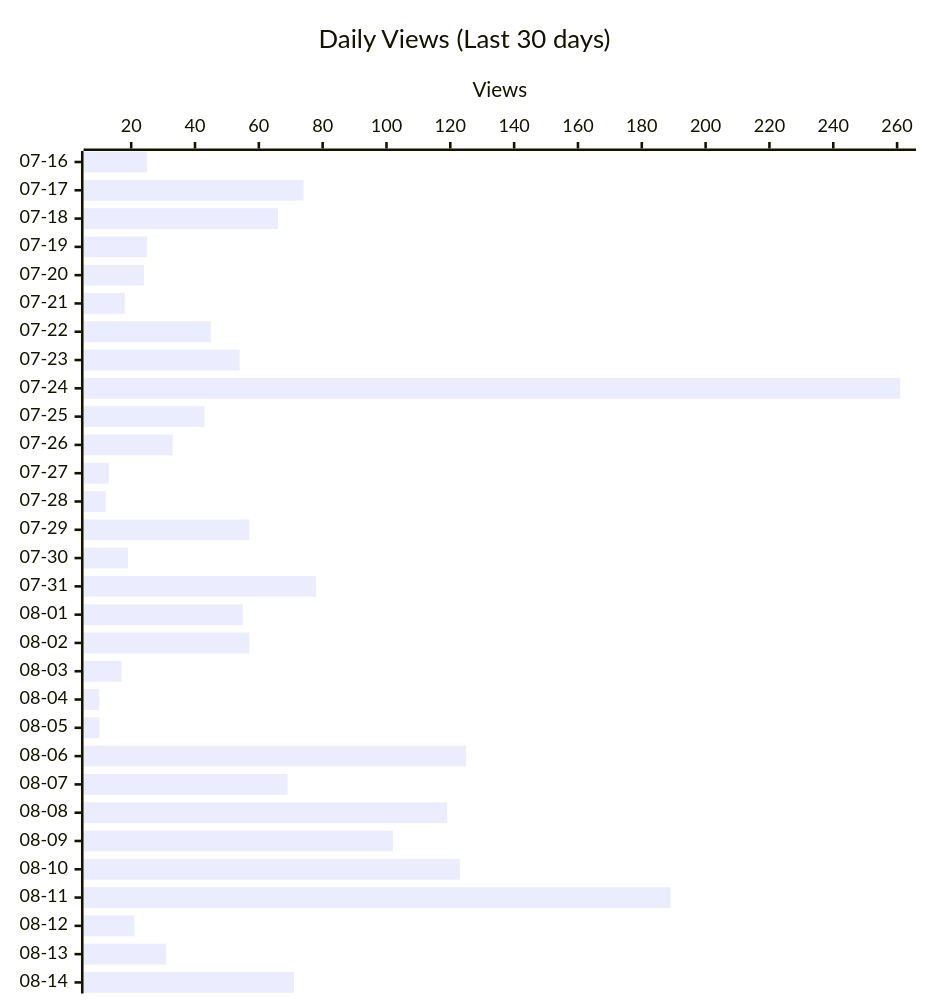
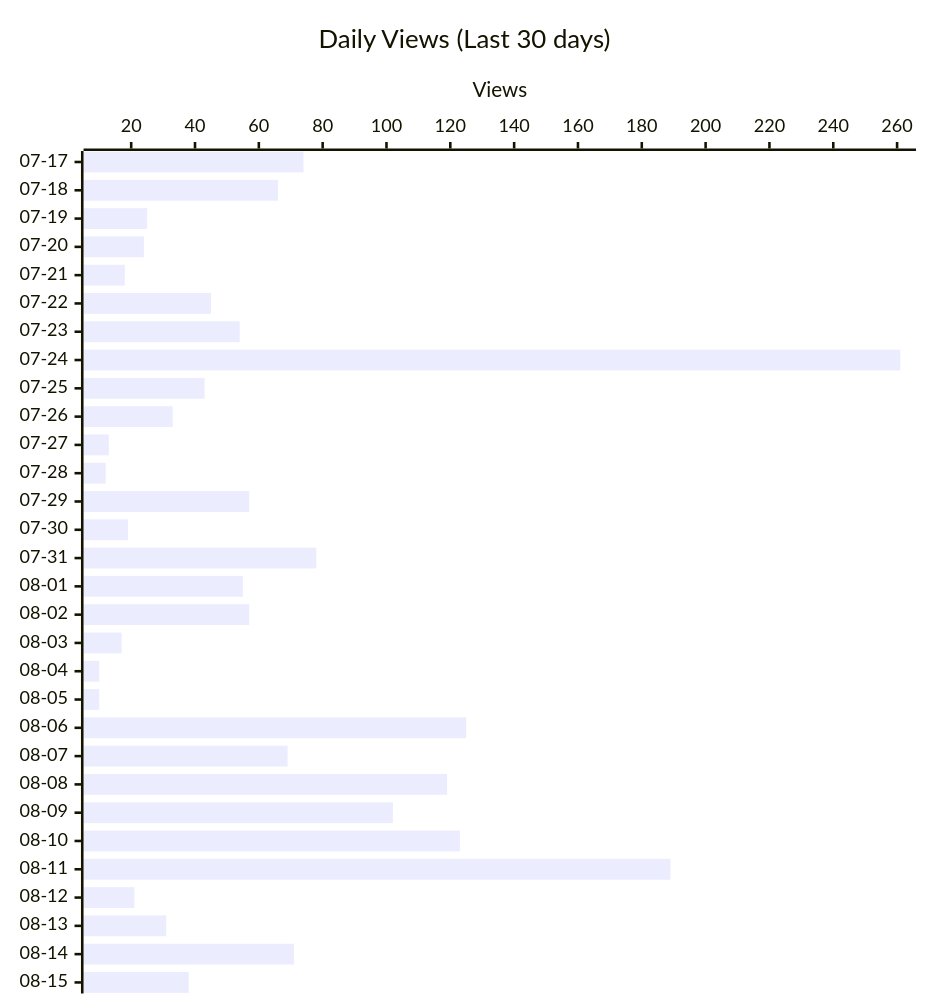
One commit to shigechika/github-insights changed the second of 4 diagrams in README.md. Above: the diagram before and after it, drawn with Mermaid. The commit also changed other lines of this file and 2 other files, not shown here.

````diff
--- a/README.md
+++ b/README.md
@@ -28,12 +28,12 @@
 ```mermaid
 ---
 config:
   xyChart:
     height: 760
 ---
 xychart-beta horizontal
     title "Daily Views (Last 30 days)"
-    x-axis ["07-16", "07-17", "07-18", "07-19", "07-20", "07-21", "07-22", "07-23", "07-24", "07-25", "07-26", "07-27", "07-28", "07-29", "07-30", "07-31", "08-01", "08-02", "08-03", "08-04", "08-05", "08-06", "08-07", "08-08", "08-09", "08-10", "08-11", "08-12", "08-13", "08-14"]
+    x-axis ["07-17", "07-18", "07-19", "07-20", "07-21", "07-22", "07-23", "07-24", "07-25", "07-26", "07-27", "07-28", "07-29", "07-30", "07-31", "08-01", "08-02", "08-03", "08-04", "08-05", "08-06", "08-07", "08-08", "08-09", "08-10", "08-11", "08-12", "08-13", "08-14", "08-15"]
     y-axis "Views"
-    bar [25, 74, 66, 25, 24, 18, 45, 54, 261, 43, 33, 13, 12, 57, 19, 78, 55, 57, 17, 10, 10, 125, 69, 119, 102, 123, 189, 21, 31, 71]
+    bar [74, 66, 25, 24, 18, 45, 54, 261, 43, 33, 13, 12, 57, 19, 78, 55, 57, 17, 10, 10, 125, 69, 119, 102, 123, 189, 21, 31, 71, 38]
 ```
````
